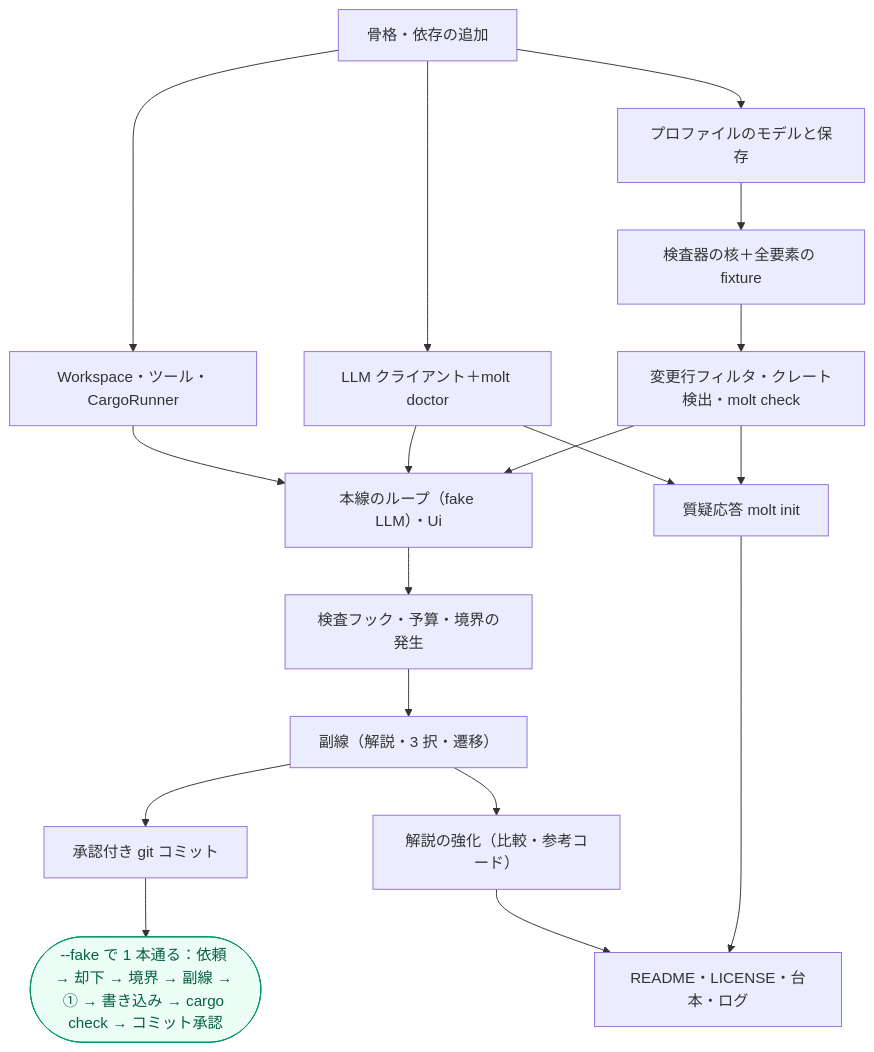
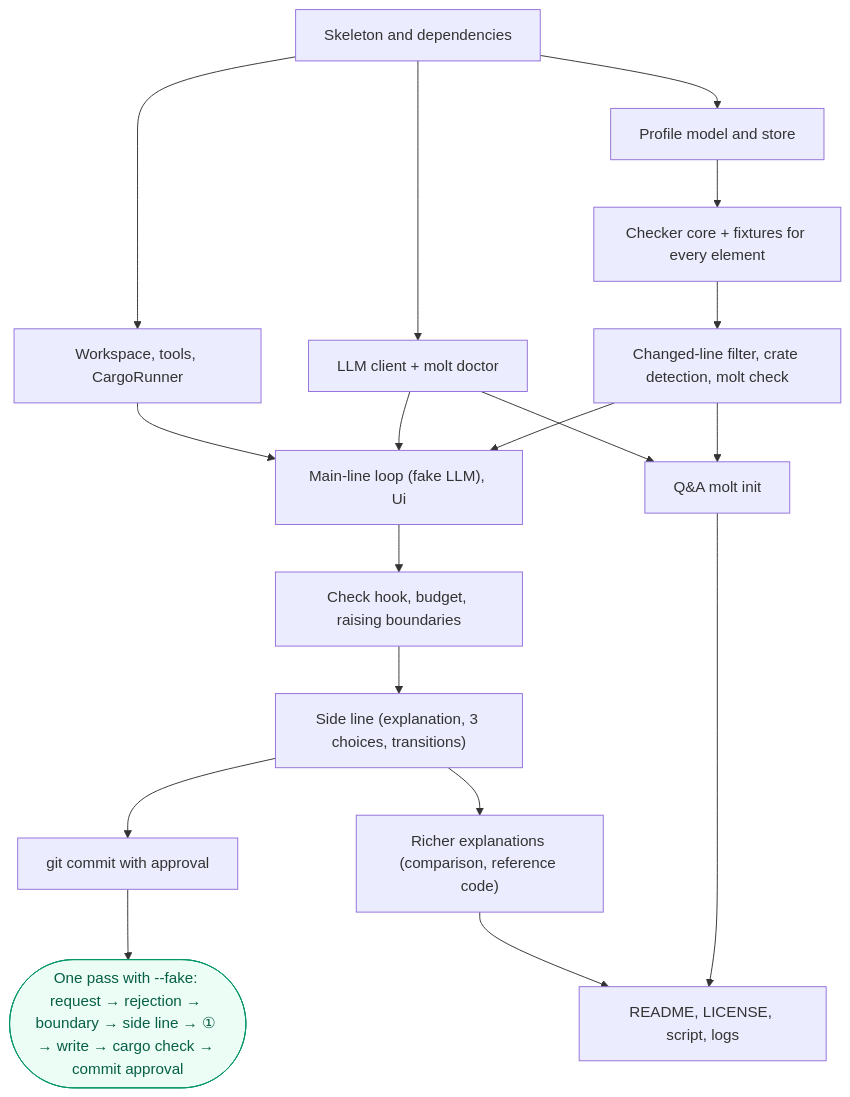
One commit to sumiredc/molt changed the ninth of 9 diagrams in PRD.md. Above: the diagram before and after it, drawn with Mermaid. The commit also changed other lines of this file and 1 other file, not shown here.

````diff
--- a/PRD.md
+++ b/PRD.md
@@ -444,21 +446,21 @@
 ```mermaid
 flowchart TB
-  s0["骨格・依存の追加"] --> s1["プロファイルのモデルと保存"]
-  s1 --> s2["検査器の核＋全要素の fixture"]
-  s2 --> s3["変更行フィルタ・クレート検出・molt check"]
-  s0 --> s4["LLM クライアント＋molt doctor"]
-  s0 --> s5["Workspace・ツール・CargoRunner"]
-  s3 --> s6["本線のループ（fake LLM）・Ui"]
+  s0["Skeleton and dependencies"] --> s1["Profile model and store"]
+  s1 --> s2["Checker core + fixtures for every element"]
+  s2 --> s3["Changed-line filter, crate detection, molt check"]
+  s0 --> s4["LLM client + molt doctor"]
+  s0 --> s5["Workspace, tools, CargoRunner"]
+  s3 --> s6["Main-line loop (fake LLM), Ui"]
   s4 --> s6
   s5 --> s6
-  s6 --> s7["検査フック・予算・境界の発生"]
-  s7 --> s8["副線（解説・3 択・遷移）"]
-  s8 --> s9["承認付き git コミット"]
-  s9 --> m(["--fake で 1 本通る：依頼 → 却下 → 境界 → 副線 → ① → 書き込み → cargo check → コミット承認"]):::ok
-  s3 --> s10["質疑応答 molt init"]
+  s6 --> s7["Check hook, budget, raising boundaries"]
+  s7 --> s8["Side line (explanation, 3 choices, transitions)"]
+  s8 --> s9["git commit with approval"]
+  s9 --> m(["One pass with --fake: request → rejection → boundary → side line → ① → write → cargo check → commit approval"]):::ok
+  s3 --> s10["Q&A molt init"]
   s4 --> s10
-  s8 --> s11["解説の強化（比較・参考コード）"]
-  s10 --> s12["README・LICENSE・台本・ログ"]
+  s8 --> s11["Richer explanations (comparison, reference code)"]
+  s10 --> s12["README, LICENSE, script, logs"]
   s11 --> s12
   classDef ok fill:#ecfdf5,stroke:#059669,color:#065f46
 ```
````
